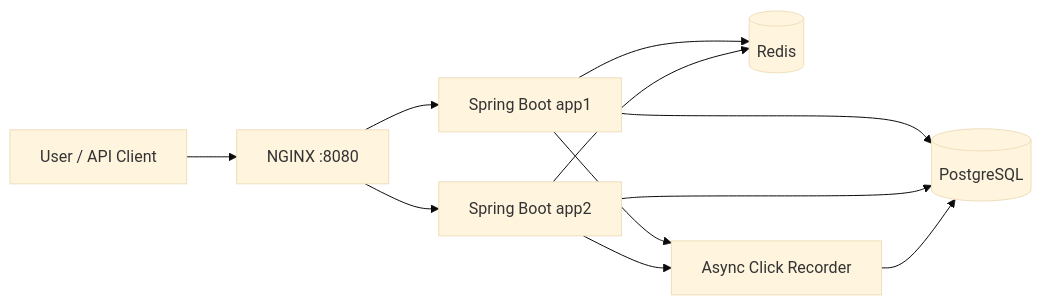
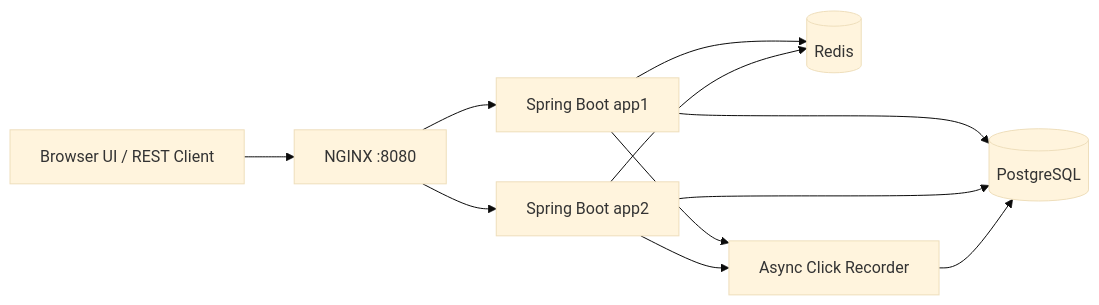
The diagram in README.md (vinaynpandya/AIUrlShorten), drawn with Mermaid (base theme) before and after one commit. The commit also changed other lines of this file and 1 other file, not shown here.

````diff
--- a/README.md
+++ b/README.md
@@ -74,13 +89,13 @@
 ```mermaid
 flowchart LR
-    U[User / API Client] --> N[NGINX :8080]
-    N --> A1[Spring Boot app1]
-    N --> A2[Spring Boot app2]
-    A1 --> R[(Redis)]
+    U["Browser UI / REST Client"] --> N["NGINX :8080"]
+    N --> A1["Spring Boot app1"]
+    N --> A2["Spring Boot app2"]
+    A1 --> R[("Redis")]
     A2 --> R
-    A1 --> P[(PostgreSQL)]
+    A1 --> P[("PostgreSQL")]
     A2 --> P
-    A1 --> E[Async Click Recorder]
+    A1 --> E["Async Click Recorder"]
     A2 --> E
     E --> P
 ```
````
